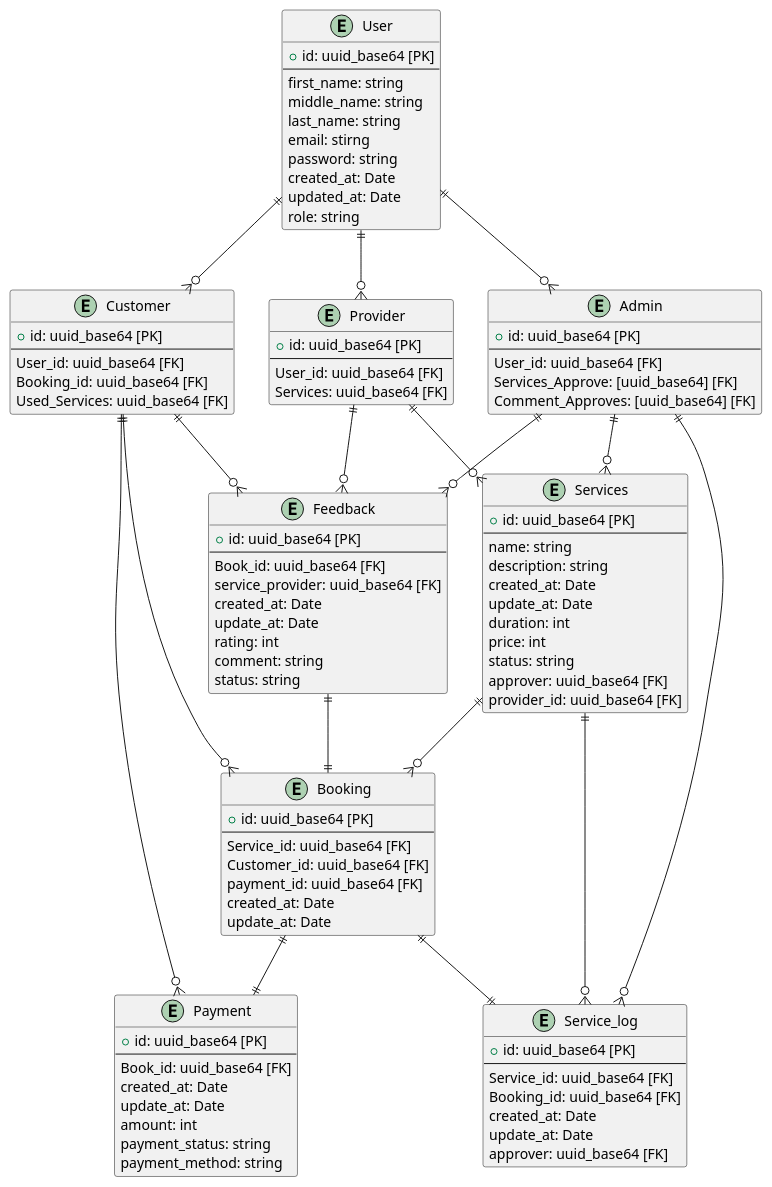
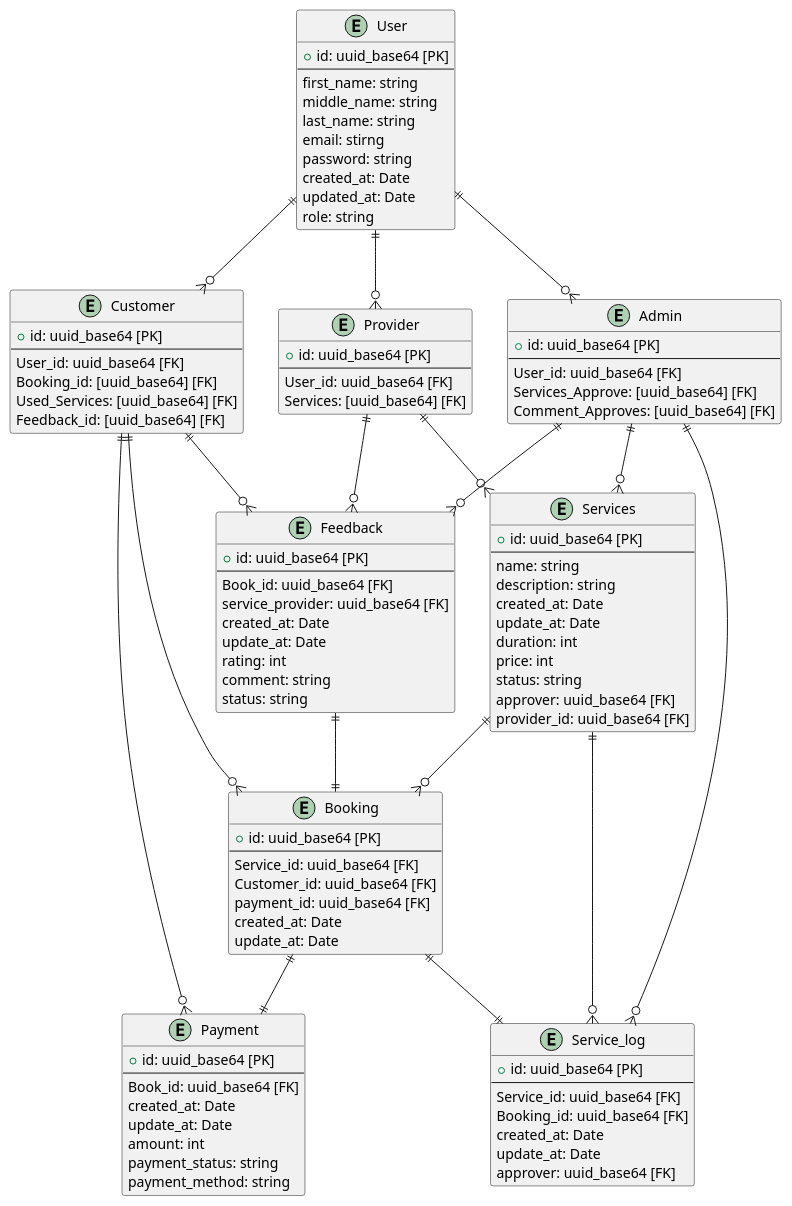
Before and after one commit to Nxwbtk/SA-Diagram: the diagram in ER-Diagram.plantuml, drawn with PlantUML.

```diff
--- a/ER-Diagram.plantuml
+++ b/ER-Diagram.plantuml
@@ -1,112 +1,113 @@
 @startuml
 entity "User" as user {
 	+ id: uuid_base64 [PK]
 	--
 	first_name: string
 	middle_name: string
 	last_name: string
 	email: stirng
 	password: string
 	created_at: Date
 	updated_at: Date
 	role: string
 }
 
 entity "Provider" as provider {
 	+ id: uuid_base64 [PK]
 	--
 	User_id: uuid_base64 [FK]
-	Services: uuid_base64 [FK]
+	Services: [uuid_base64] [FK]
 }
 
 entity "Customer" as customer {
 	+ id: uuid_base64 [PK]
 	--
 	User_id: uuid_base64 [FK]
-	Booking_id: uuid_base64 [FK]
-	Used_Services: uuid_base64 [FK]
+	Booking_id: [uuid_base64] [FK]
+	Used_Services: [uuid_base64] [FK]
+	Feedback_id: [uuid_base64] [FK]
 }
 
 entity "Services" as service {
 	+ id: uuid_base64 [PK]
 	--
 	name: string
 	description: string
 	created_at: Date
 	update_at: Date
 	duration: int
 	price: int
 	status: string
 	approver: uuid_base64 [FK]
 	provider_id: uuid_base64 [FK]
 }
 
 entity "Booking" as book {
 	+ id: uuid_base64 [PK]
 	--
 	Service_id: uuid_base64 [FK]
 	Customer_id: uuid_base64 [FK]
 	payment_id: uuid_base64 [FK]
 	created_at: Date
 	update_at: Date
 }
 
 entity "Payment" as payment {
 	+ id: uuid_base64 [PK]
 	--
 	Book_id: uuid_base64 [FK]
 	created_at: Date
 	update_at: Date
 	amount: int
 	payment_status: string
 	payment_method: string
 }
 
 entity "Admin" as admin {
 	+ id: uuid_base64 [PK]
 	--
 	User_id: uuid_base64 [FK]
 	Services_Approve: [uuid_base64] [FK]
 	Comment_Approves: [uuid_base64] [FK]
 }
 
 entity "Feedback" as fb {
 	+ id: uuid_base64 [PK]
 	--
 	Book_id: uuid_base64 [FK]
 	service_provider: uuid_base64 [FK]
 	created_at: Date
 	update_at: Date
 	rating: int
 	comment: string
 	status: string
 }
 
 entity "Service_log" as log {
 	+ id: uuid_base64 [PK]
 	--
 	Service_id: uuid_base64 [FK]
 	Booking_id: uuid_base64 [FK]
 	created_at: Date
 	update_at: Date
 	approver: uuid_base64 [FK]
 }
 
 user ||--o{ provider
 user ||--o{ customer
 user ||--o{ admin
 customer ||--o{ book
 service ||--o{ book
 provider ||--o{ service
 customer ||--o{ payment
 book ||--|| payment
 admin ||--o{ service
 admin ||--o{ fb
 provider ||--o{ fb
 service ||--o{ log
 admin ||--o{ log
 book ||--|| log
 customer ||--o{ fb
 fb ||--|| book
 
 @enduml
```
